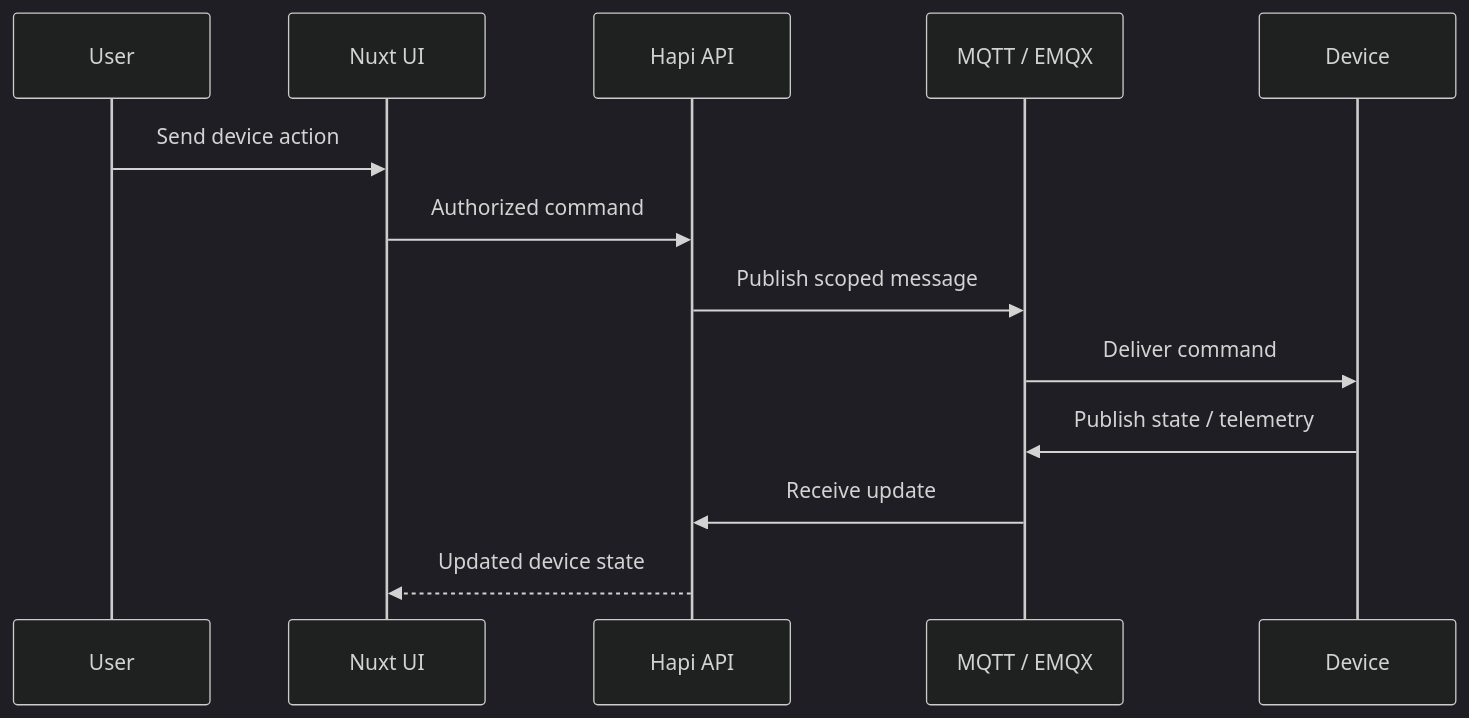
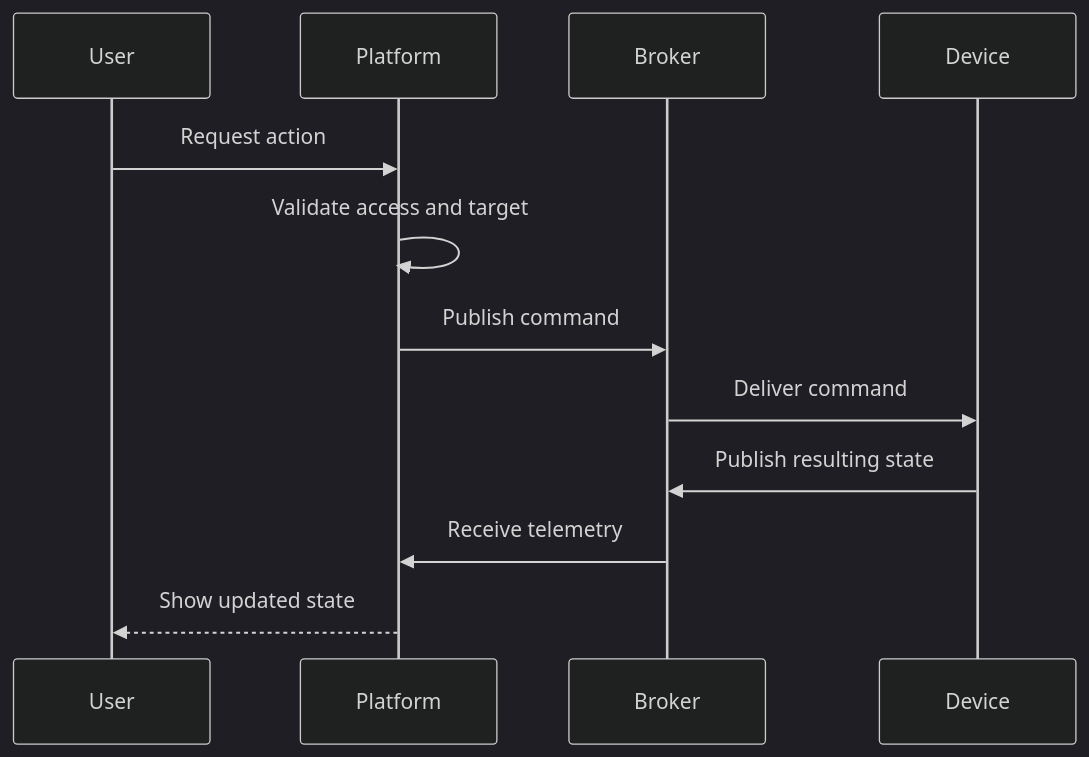
One commit to farismnrr/portofolio changed the second of 3 diagrams in frontend/content/projects/iotnet.md. Above: the diagram before and after it, drawn with Mermaid (dark theme). The commit also changed other lines of this file and 6 other files, not shown here.

````diff
--- a/frontend/content/projects/iotnet.md
+++ b/frontend/content/projects/iotnet.md
@@ -64,16 +74,15 @@
 ```mermaid
 sequenceDiagram
     participant User
-    participant UI as Nuxt UI
-    participant API as Hapi API
-    participant Broker as MQTT / EMQX
+    participant Platform
+    participant Broker
     participant Device
 
-    User->>UI: Send device action
-    UI->>API: Authorized command
-    API->>Broker: Publish scoped message
+    User->>Platform: Request action
+    Platform->>Platform: Validate access and target
+    Platform->>Broker: Publish command
     Broker->>Device: Deliver command
-    Device->>Broker: Publish state / telemetry
-    Broker->>API: Receive update
-    API-->>UI: Updated device state
+    Device->>Broker: Publish resulting state
+    Broker->>Platform: Receive telemetry
+    Platform-->>User: Show updated state
 ```
````
